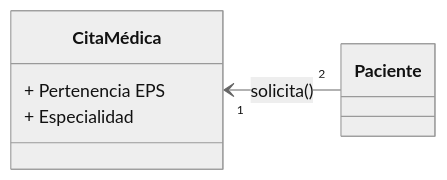
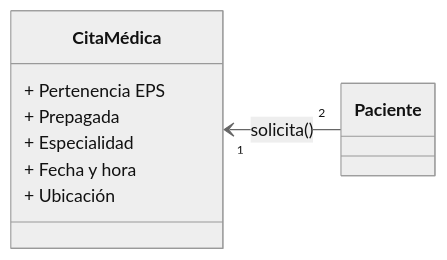
Before and after one commit to MariaAleja05/Reto2_POO_ServicioMedico: the first of 2 diagrams in README.md, drawn with Mermaid (neutral theme).

````diff
--- a/README.md
+++ b/README.md
@@ -7,12 +7,15 @@
 ```mermaid
 classDiagram
     direction RL
     class CitaMédica{
         + Pertenencia EPS
+        + Prepagada
         + Especialidad
+        + Fecha y hora
+        + Ubicación
     }
     class Paciente{
         
     }
     Paciente"2" --> "1" CitaMédica : solicita()
 ```
````
